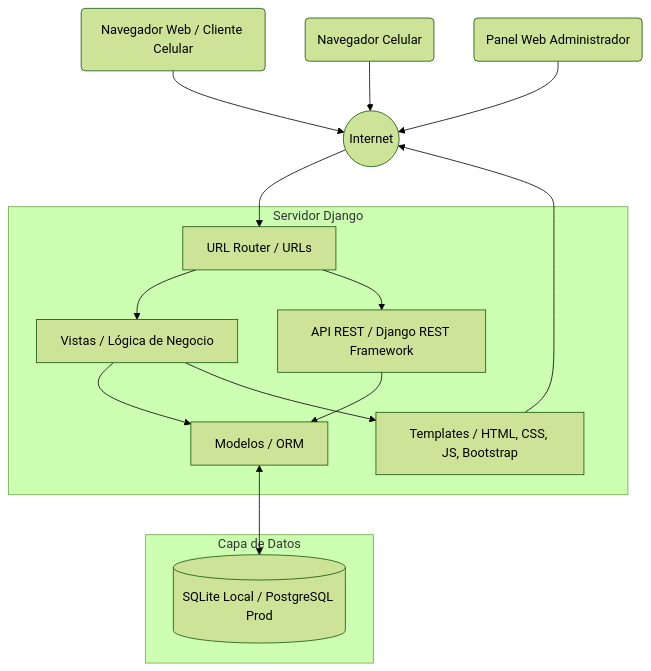
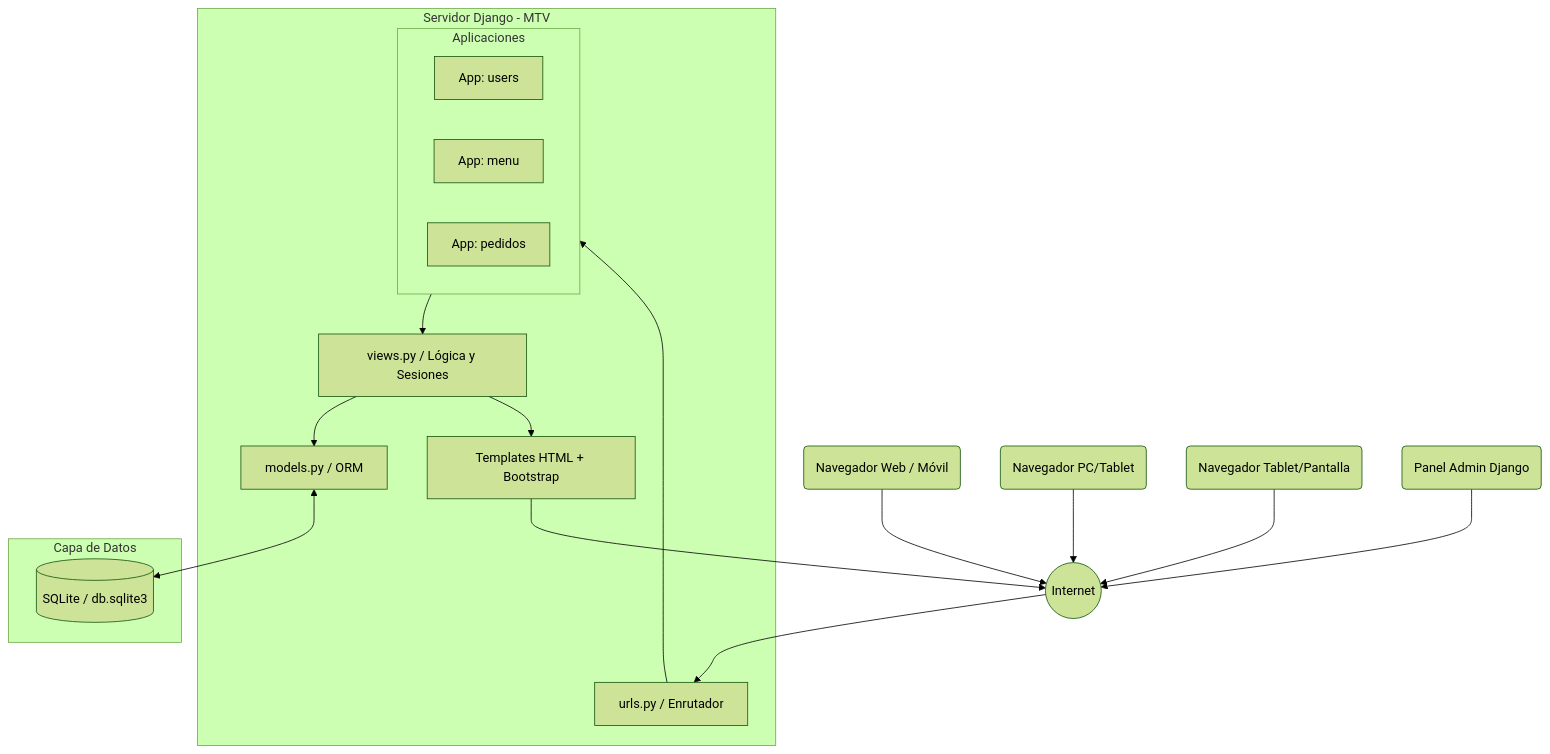
The diagram in docs/diagrama_de_arquitectura.md (aca2211/domipedidosx), drawn with Mermaid (forest theme) before and after one commit. The commit also changed other lines of this file, not shown here.

````diff
--- a/docs/diagrama_de_arquitectura.md
+++ b/docs/diagrama_de_arquitectura.md
@@ -7,39 +7,45 @@
 ```mermaid
 flowchart TD
-    %% Definición de Actores
-    Cliente(Navegador Web / Cliente Celular)
-    Repartidor(Navegador Celular)
-    Admin(Panel Web Administrador)
+    %% Actores
+    Cliente(Navegador Web / Móvil)
+    Operador(Navegador PC/Tablet)
+    Cocina(Navegador Tablet/Pantalla)
+    Admin(Panel Admin Django)
     
-    %% Frontera de Internet
     Internet((Internet))
     
-    %% Capa de Presentación / Lógica (Django)
-    subgraph Django Application [Servidor Django]
-        URLs[URL Router / URLs]
-        Views[Vistas / Lógica de Negocio]
-        Templates[Templates / HTML, CSS, JS, Bootstrap]
-        Models[Modelos / ORM]
-        API[API REST / Django REST Framework]
+    %% Capa Django
+    subgraph Django Application [Servidor Django - MTV]
+        URLs[urls.py / Enrutador]
+        
+        subgraph Apps [Aplicaciones]
+            UsersApp[App: users]
+            MenuApp[App: menu]
+            PedidosApp[App: pedidos]
+        end
+        
+        Views[views.py / Lógica y Sesiones]
+        Templates[Templates HTML + Bootstrap]
+        Models[models.py / ORM]
     end
     
     %% Capa de Datos
     subgraph Database [Capa de Datos]
-        DB[(SQLite Local / PostgreSQL Prod)]
+        DB[(SQLite / db.sqlite3)]
     end
 
     %% Relaciones
     Cliente --> Internet
-    Repartidor --> Internet
+    Operador --> Internet
+    Cocina --> Internet
     Admin --> Internet
     
     Internet --> URLs
-    URLs --> Views
-    URLs --> API
+    URLs --> Apps
+    Apps --> Views
     Views --> Models
     Views --> Templates
-    API --> Models
     Templates --> Internet
     
     Models <--> DB
 ```
````
